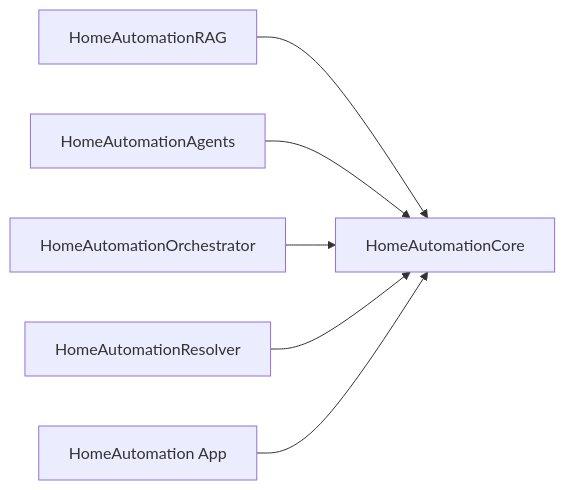
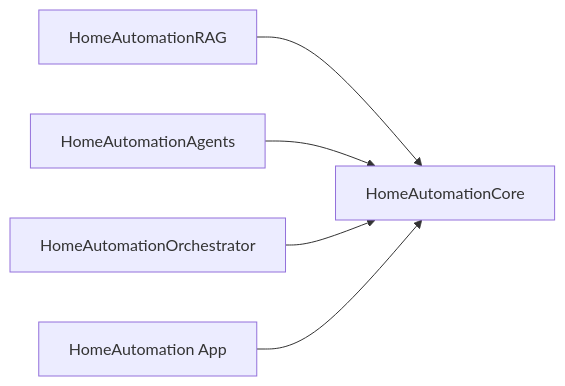
The second of 3 diagrams in HomeAutomationCore/Sources/HomeAutomationCore/README.md (ksypinro/HomeAutomation), drawn with Mermaid before and after one commit. The commit also changed other lines of this file and 40 other files, not shown here.

````diff
--- a/HomeAutomationCore/Sources/HomeAutomationCore/README.md
+++ b/HomeAutomationCore/Sources/HomeAutomationCore/README.md
@@ -49,15 +49,13 @@
 ```mermaid
 flowchart LR
     Core["HomeAutomationCore"]
     RAG["HomeAutomationRAG"]
     Agents["HomeAutomationAgents"]
     Orchestrator["HomeAutomationOrchestrator"]
-    Resolver["HomeAutomationResolver"]
     App["HomeAutomation App"]
 
     RAG --> Core
     Agents --> Core
     Orchestrator --> Core
-    Resolver --> Core
     App --> Core
 ```
````
